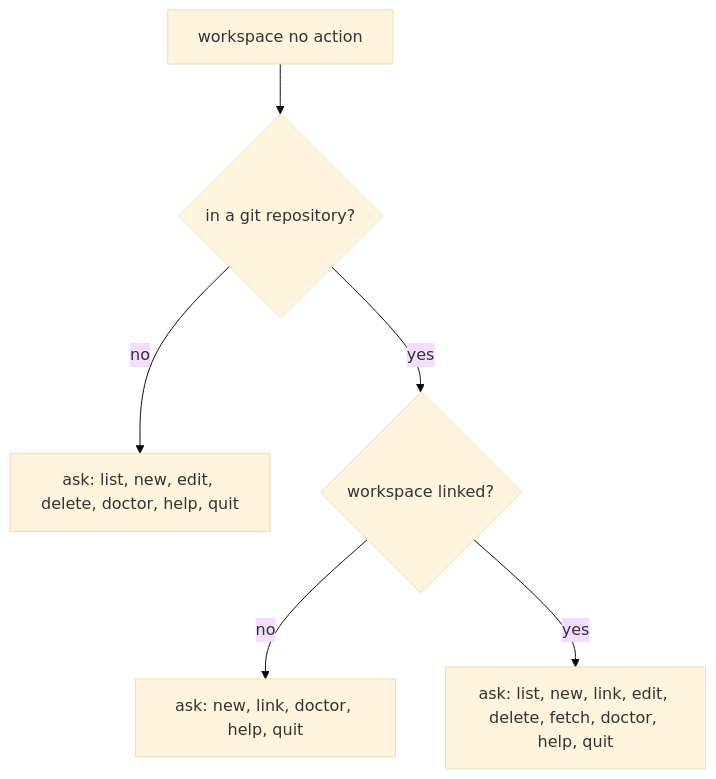
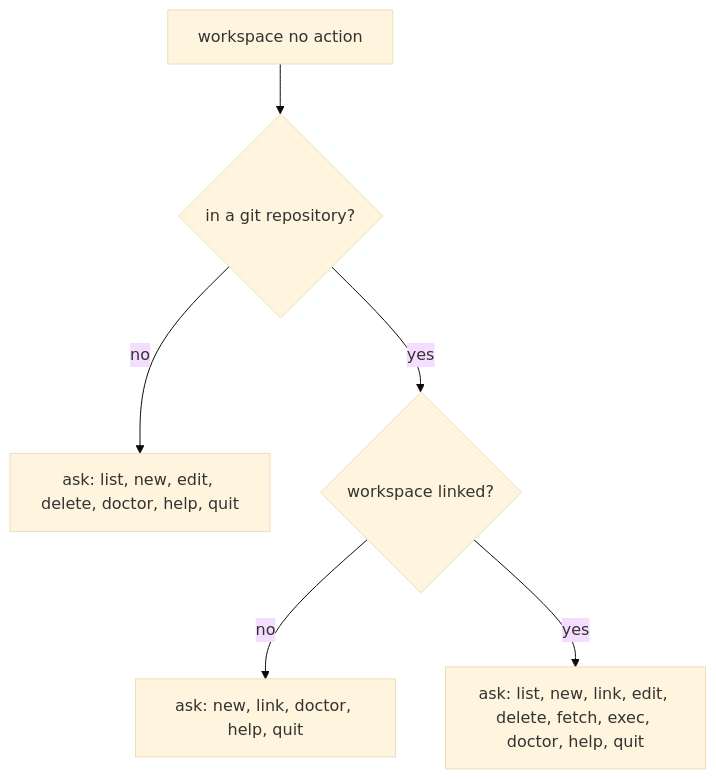
The diagram in docs/06-00-workspace.md (extsoft/elegant-git), drawn with Mermaid (base theme) before and after one commit. The commit also changed other lines of this file and 13 other files, not shown here.

````diff
--- a/docs/06-00-workspace.md
+++ b/docs/06-00-workspace.md
@@ -70,9 +71,9 @@
 ```mermaid
 flowchart TD
   start[workspace no action]
   start --> inGit{in a git repository?}
   inGit -->|no| outside["ask: list, new, edit, delete, doctor, help, quit"]
   inGit -->|yes| linked{workspace linked?}
   linked -->|no| unlinked["ask: new, link, doctor, help, quit"]
-  linked -->|yes| linkedAsk["ask: list, new, link, edit, delete, fetch, doctor, help, quit"]
+  linked -->|yes| linkedAsk["ask: list, new, link, edit, delete, fetch, exec, doctor, help, quit"]
 ```
````
